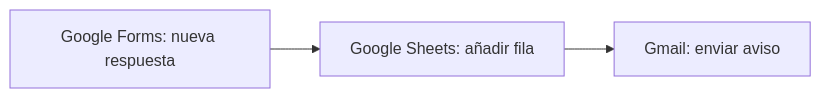
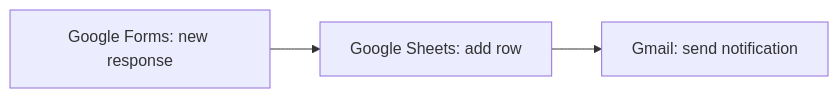
The diagram in 07-make-devoluciones/README.md (Kairuferrin/portfolio-automatizacion), drawn with Mermaid before and after one commit. The commit also changed other lines of this file and 8 other files, not shown here.

````diff
--- a/07-make-devoluciones/README.md
+++ b/07-make-devoluciones/README.md
@@ -7,5 +7,5 @@
 ```mermaid
 flowchart LR
-    A[Google Forms: nueva respuesta] --> B[Google Sheets: añadir fila]
-    B --> C[Gmail: enviar aviso]
+    A[Google Forms: new response] --> B[Google Sheets: add row]
+    B --> C[Gmail: send notification]
 ```
````
